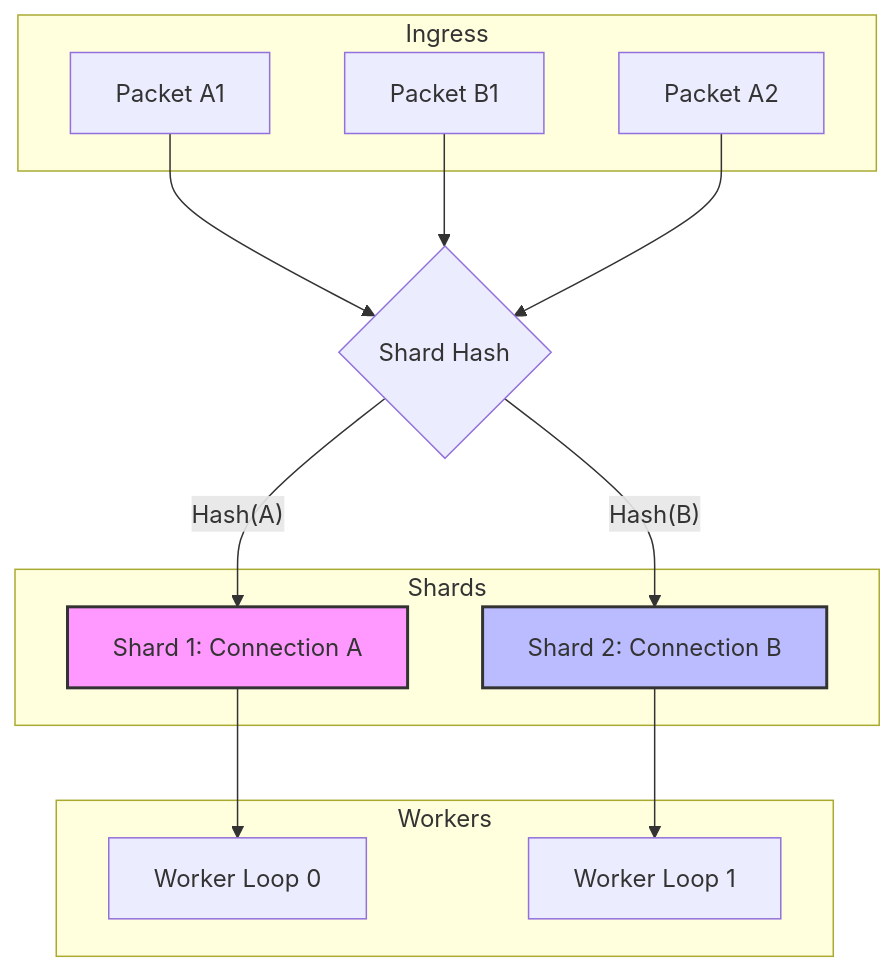
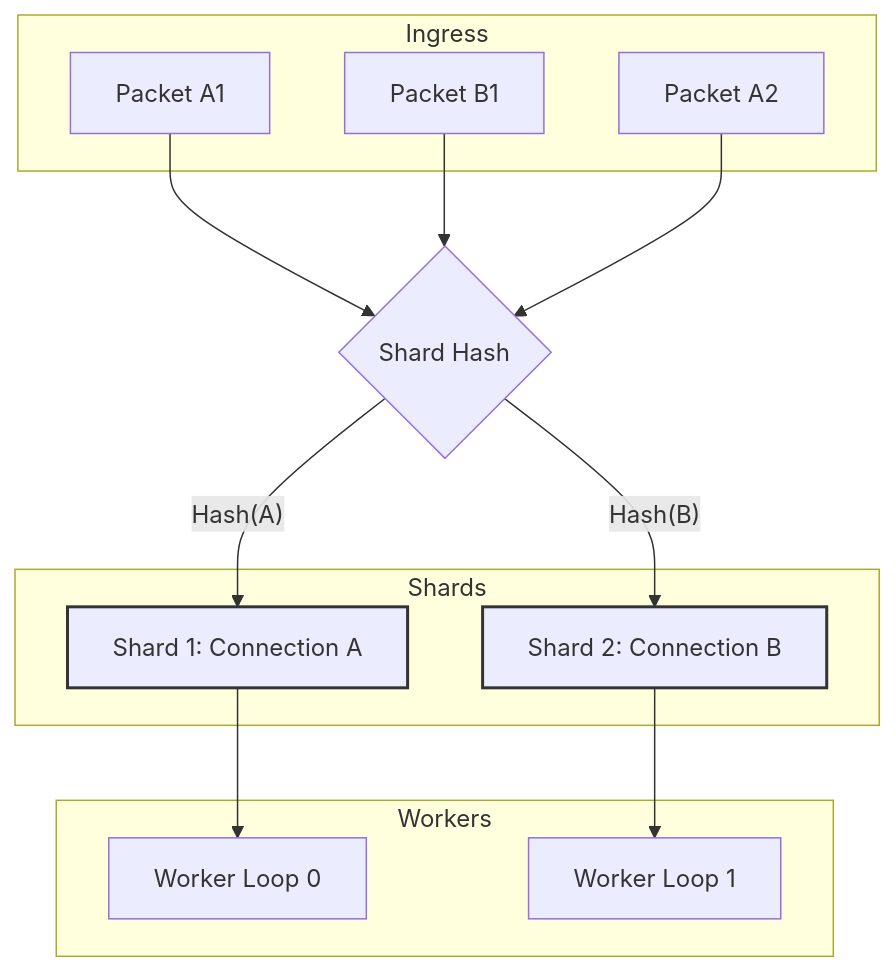
Before and after one commit to ppn-systems/Nalix: the diagram in docs/guides/shard-aware-dispatch.md, drawn with Mermaid. The commit also changed other lines of this file and 26 other files, not shown here.

````diff
--- a/docs/guides/shard-aware-dispatch.md
+++ b/docs/guides/shard-aware-dispatch.md
@@ -23,33 +27,33 @@
 ```mermaid
 graph TD
     subgraph Ingress
         P1[Packet A1]
         P2[Packet B1]
         P3[Packet A2]
     end
     
     Hash{Shard Hash}
     
     subgraph Shards
         S1[Shard 1: Connection A]
         S2[Shard 2: Connection B]
     end
     
     subgraph Workers
         W1[Worker Loop 0]
         W2[Worker Loop 1]
     end
     
     P1 --> Hash
     P2 --> Hash
     P3 --> Hash
     
     Hash -- "Hash(A)" --> S1
     Hash -- "Hash(B)" --> S2
     
     S1 --> W1
     S2 --> W2
     
-    style S1 fill:#f9f,stroke:#333,stroke-width:2px
-    style S2 fill:#bbf,stroke:#333,stroke-width:2px
+    style S1 stroke:#333,stroke-width:2px
+    style S2 stroke:#333,stroke-width:2px
 ```
````
